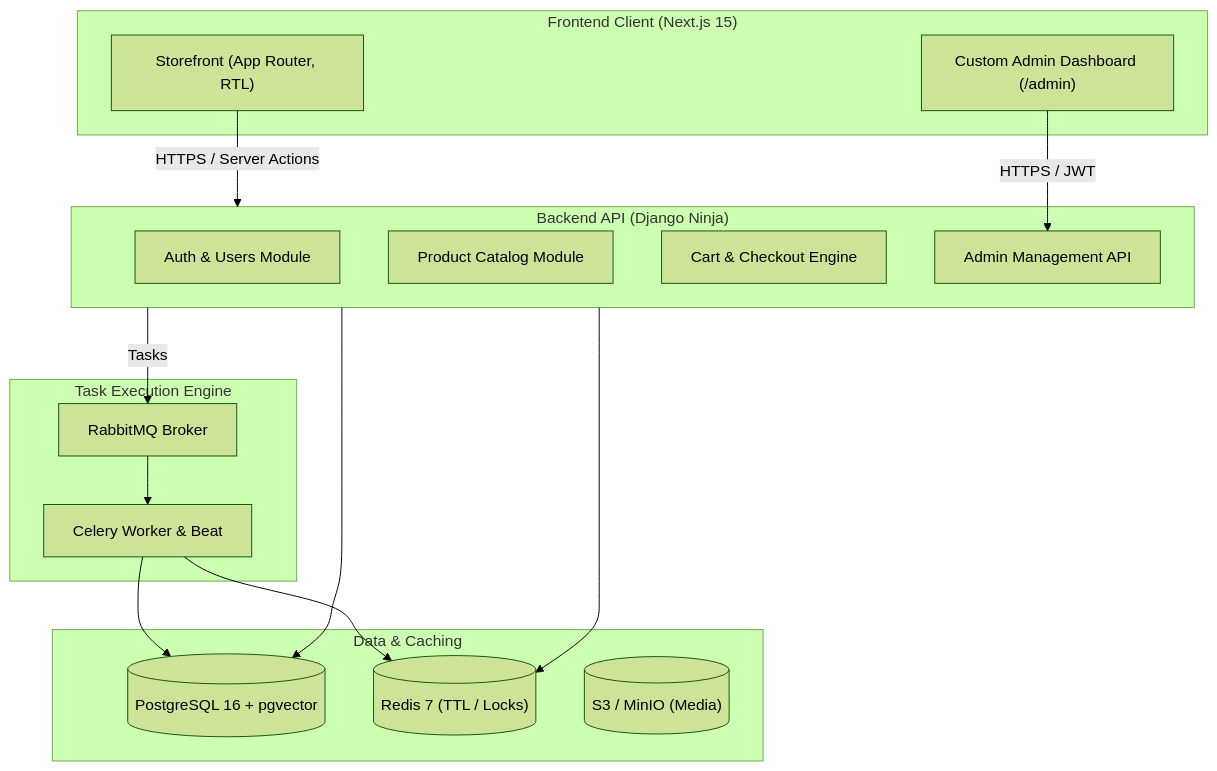
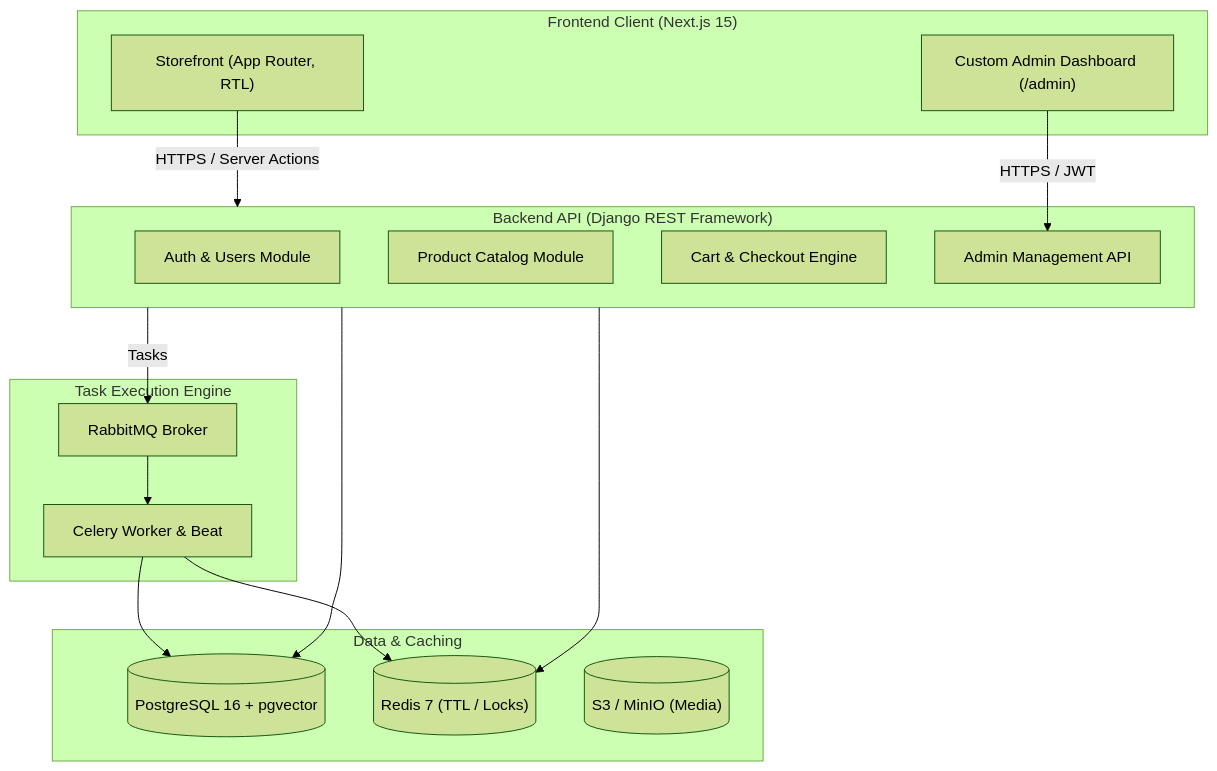
Before and after one commit to mehdi-mirzaie78/Full-Stack-Online-Shop: the diagram in README.md, drawn with Mermaid (forest theme). The commit also changed other lines of this file and 4 other files, not shown here.

Commit message:
refactor(docs): switch backend framework to DRF and extract ERD to dedicated ERD.md

````diff
--- a/README.md
+++ b/README.md
@@ -9,34 +9,34 @@
 ```mermaid
 graph TD
     subgraph Client["Frontend Client (Next.js 15)"]
         Storefront["Storefront (App Router, RTL)"]
         AdminApp["Custom Admin Dashboard (/admin)"]
     end
 
-    subgraph Gateway["Backend API (Django Ninja)"]
+    subgraph Gateway["Backend API (Django REST Framework)"]
         AuthAPI["Auth & Users Module"]
         CatalogAPI["Product Catalog Module"]
         OrderAPI["Cart & Checkout Engine"]
         AdminAPI["Admin Management API"]
     end
 
     subgraph DataStore["Data & Caching"]
         PG[("PostgreSQL 16 + pgvector")]
         Redis[("Redis 7 (TTL / Locks)")]
         S3[("S3 / MinIO (Media)")]
     end
 
     subgraph AsyncWorker["Task Execution Engine"]
         RMQ["RabbitMQ Broker"]
         Celery["Celery Worker & Beat"]
     end
 
     Storefront -->|HTTPS / Server Actions| Gateway
     AdminApp -->|HTTPS / JWT| AdminAPI
     Gateway --> PG
     Gateway --> Redis
     Gateway -->|Tasks| RMQ
     RMQ --> Celery
     Celery --> PG
     Celery --> Redis
 ```
````
